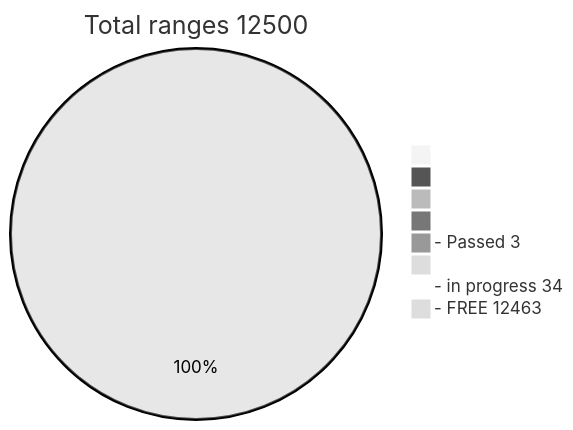
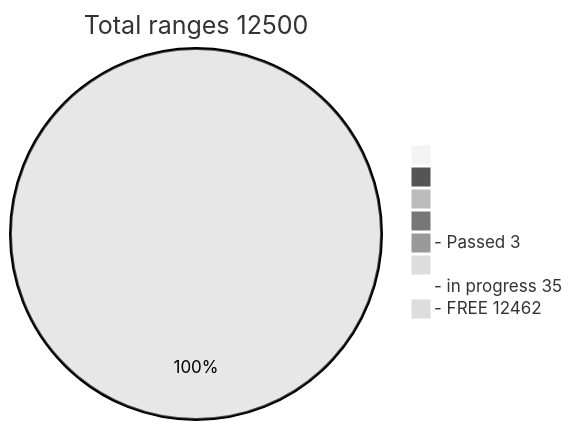
One commit to phrutis/Passphrases changed the diagram in README.md. Above: the diagram before and after it, drawn with Mermaid (neutral theme).

````diff
--- a/README.md
+++ b/README.md
@@ -3,12 +3,12 @@
 ```mermaid
 pie title Total ranges 12500
              " " : 0
             "  " : 0
            "   " : 0
           "    " : 0
   "- Passed 3" : 3
          "     " : 0
-  "- in progress 34" : 34
-   "- FREE 12463" : 12463
+  "- in progress 35" : 35
+   "- FREE 12462" : 12462
    
 ```
````
